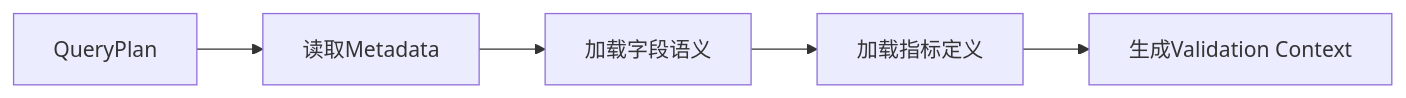
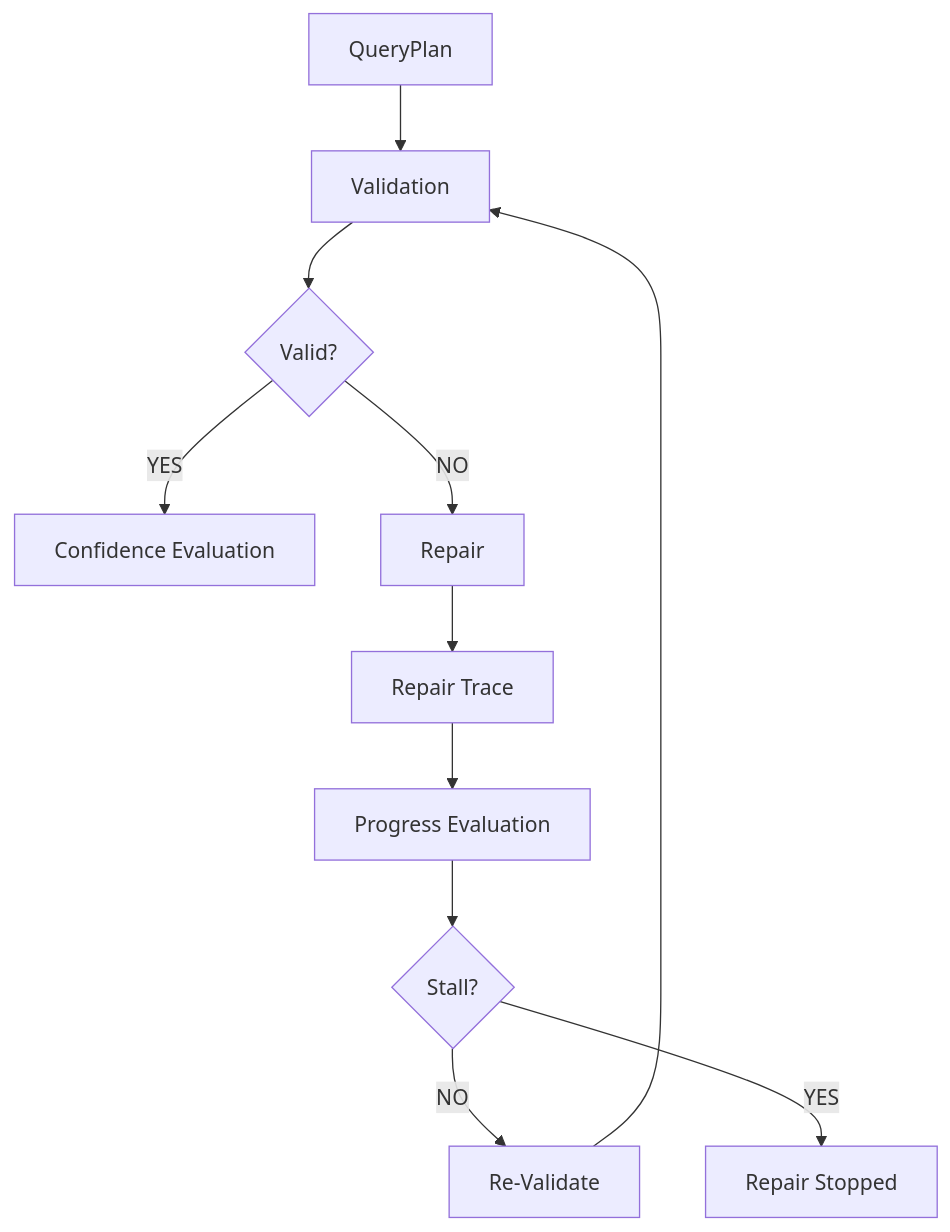
The fifth of 11 diagrams in SuperBulider_AI/wwwroot/Doc/SuperBuilder AI Native BI Phase开发计划.md (wenzhong0606-dev/SuperBuilder_AI), drawn with Mermaid before and after one commit. The commit also changed other lines of this file, not shown here.

````diff
--- a/SuperBulider_AI/wwwroot/Doc/SuperBuilder AI Native BI Phase开发计划.md
+++ b/SuperBulider_AI/wwwroot/Doc/SuperBuilder AI Native BI Phase开发计划.md
@@ -944,28 +1320,45 @@
 ```mermaid
-flowchart LR
-
+flowchart TD
 
 A[QueryPlan]
 
+-->
+
+B[Validation]
 
 -->
 
-B[读取Metadata]
+C{Valid?}
 
+C -- YES -->
+
+D[Confidence Evaluation]
+
+C -- NO -->
+
+E[Repair]
 
 -->
 
-C[加载字段语义]
-
+F[Repair Trace]
 
 -->
 
-D[加载指标定义]
-
+G[Progress Evaluation]
 
 -->
 
-E[生成Validation Context]
+H{Stall?}
 
+H -- NO -->
 
+I[Re-Validate]
+
+I -->
+
+B
+
+H -- YES -->
+
+J[Repair Stopped]
 ```
````
